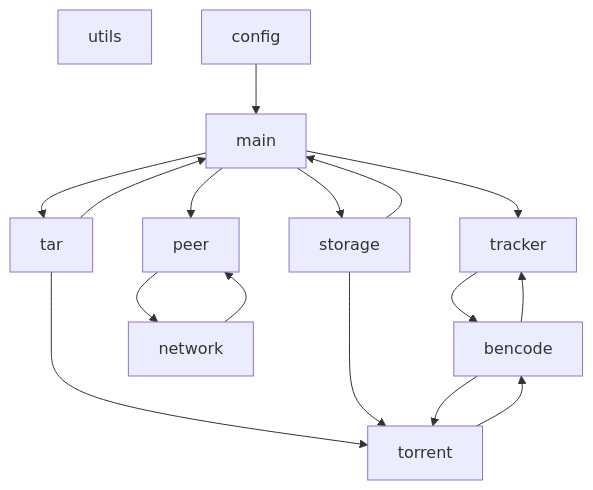
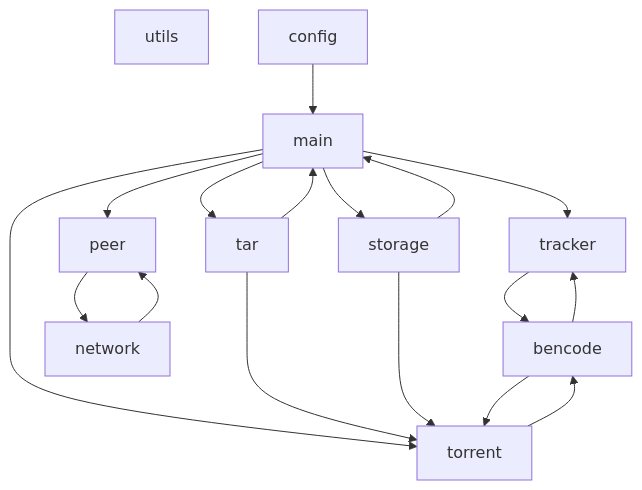
The diagram in FINAL/README.MD (molnija3d/C-2025-09-EVGENIY-Z), drawn with Mermaid before and after one commit.

Commit message:
working on markdown

````diff
--- a/FINAL/README.MD
+++ b/FINAL/README.MD
@@ -142,20 +142,21 @@
 ```mermaid
 graph TD
  
  utils
  config --> main
  main --> tracker
  main --> peer
  main --> storage
  main --> tar
+ main --> torrent
  tracker --> bencode
  peer --> network
  tar --> main
  tar --> torrent
  torrent --> bencode
  network --> peer
  storage --> main
  storage --> torrent
  bencode --> torrent
  bencode --> tracker
 ```
````
